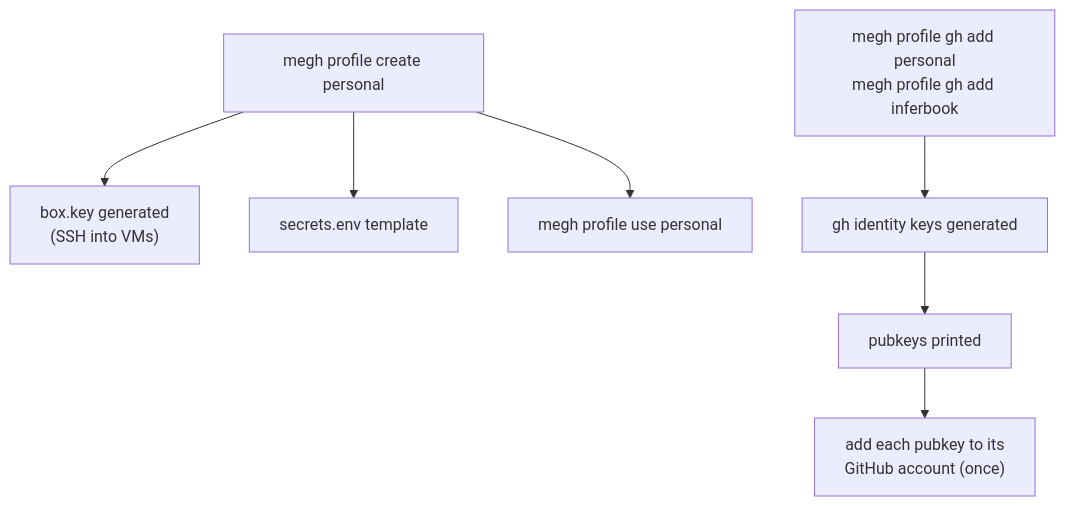
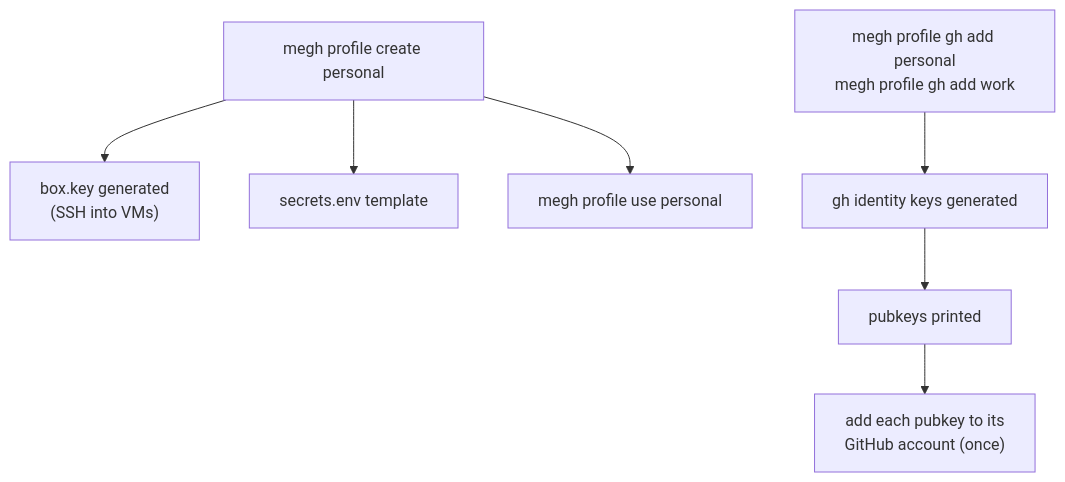
Before and after one commit to panyam/megh: the second of 5 diagrams in docs/LIFECYCLE.md, drawn with Mermaid. The commit also changed 9 other files, not shown here.

````diff
--- a/docs/LIFECYCLE.md
+++ b/docs/LIFECYCLE.md
@@ -25,9 +25,9 @@
 ```mermaid
 flowchart TD
   create["megh profile create personal"] --> boxkey["box.key generated<br>(SSH into VMs)"]
   create --> secrets["secrets.env template"]
-  ghadd["megh profile gh add personal<br>megh profile gh add inferbook"] --> ghkeys["gh identity keys generated"]
+  ghadd["megh profile gh add personal<br>megh profile gh add work"] --> ghkeys["gh identity keys generated"]
   ghkeys --> pub["pubkeys printed"]
   pub --> github["add each pubkey to its<br>GitHub account (once)"]
   create --> use["megh profile use personal"]
 ```
````
